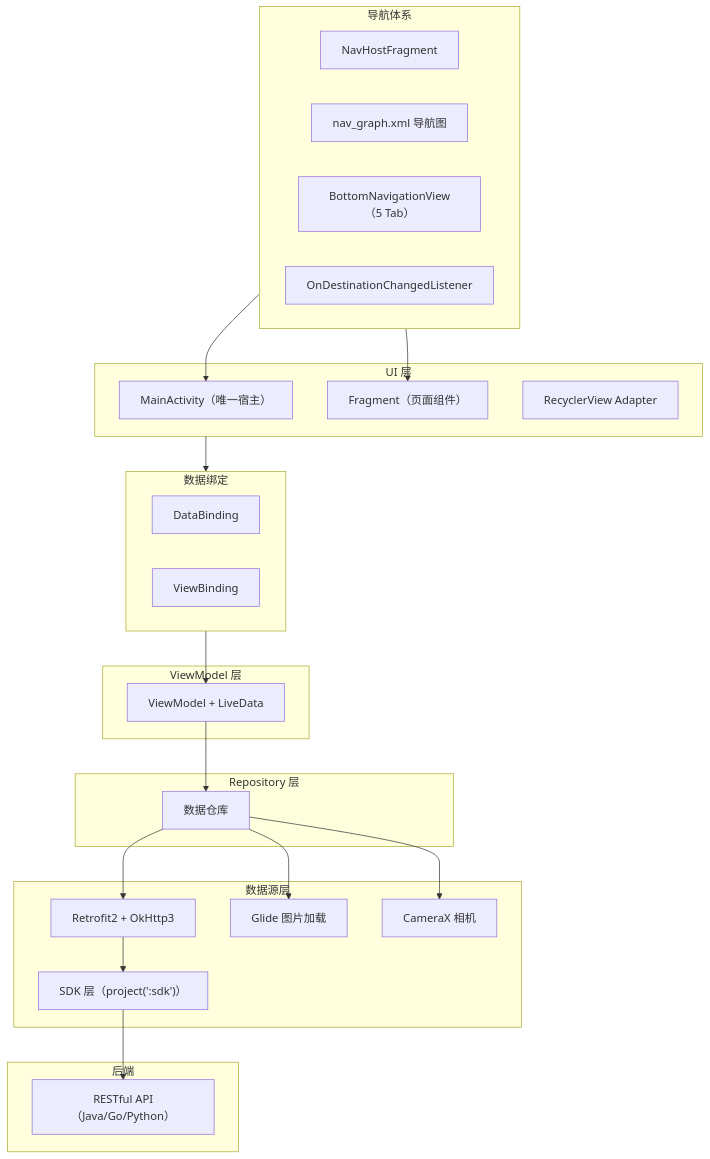
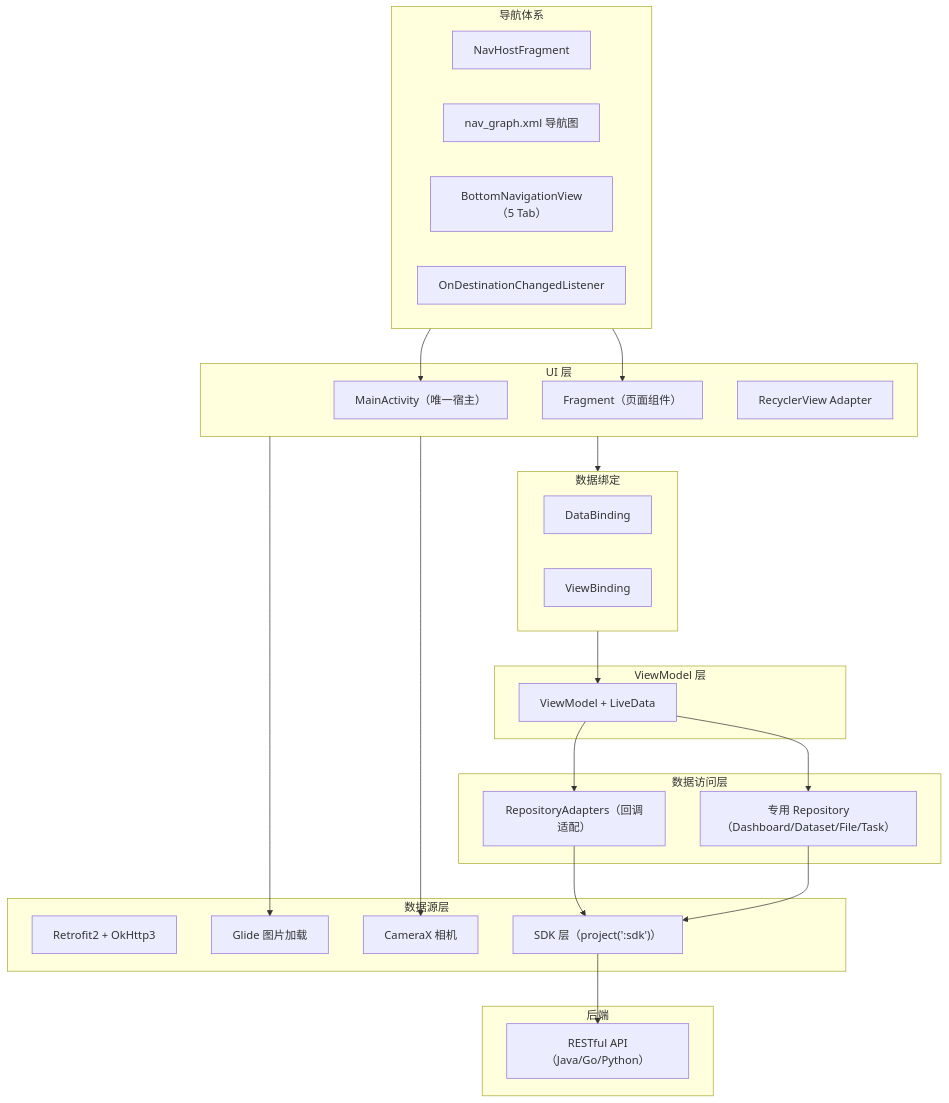
The diagram in dehaze-doc/docs/04-项目实现/前端/06-Android架构文档.md (earthy-zinc/dehaze-system), drawn with Mermaid before and after one commit. The commit also changed other lines of this file and 24 other files, not shown here.

First line of the commit message:
docs: add and update multiple architecture documents

````diff
--- a/dehaze-doc/docs/04-项目实现/前端/06-Android架构文档.md
+++ b/dehaze-doc/docs/04-项目实现/前端/06-Android架构文档.md
@@ -9,49 +9,51 @@
 ```mermaid
 flowchart TB
     subgraph View["UI 层"]
         Activity["MainActivity（唯一宿主）"]
         Fragment["Fragment（页面组件）"]
         Adapter["RecyclerView Adapter"]
     end
 
     subgraph Binding["数据绑定"]
         DataBinding["DataBinding"]
         ViewBinding["ViewBinding"]
     end
 
     subgraph Navigation["导航体系"]
         NavHost["NavHostFragment"]
         NavGraph["nav_graph.xml 导航图"]
         BottomNav["BottomNavigationView（5 Tab）"]
         Listener["OnDestinationChangedListener"]
     end
 
     subgraph ViewModel["ViewModel 层"]
         VM["ViewModel + LiveData"]
     end
 
-    subgraph Repository["Repository 层"]
-        Repo["数据仓库"]
+    subgraph Repository["数据访问层"]
+        Adapters["RepositoryAdapters（回调适配）"]
+        Repo["专用 Repository（Dashboard/Dataset/File/Task）"]
     end
 
     subgraph DataSource["数据源层"]
         Retrofit["Retrofit2 + OkHttp3"]
         Glide["Glide 图片加载"]
         CameraX["CameraX 相机"]
         SDK["SDK 层（project(':sdk')）"]
     end
 
     subgraph Backend["后端"]
         REST["RESTful API（Java/Go/Python）"]
     end
 
     View --> Binding --> VM
+    VM --> Adapters
     VM --> Repo
-    Repo --> Retrofit
-    Retrofit --> SDK
+    Adapters --> SDK
+    Repo --> SDK
     SDK --> REST
-    Repo --> Glide
-    Repo --> CameraX
+    View --> Glide
+    View --> CameraX
     Navigation --> Activity
     Navigation --> Fragment
 ```
````
